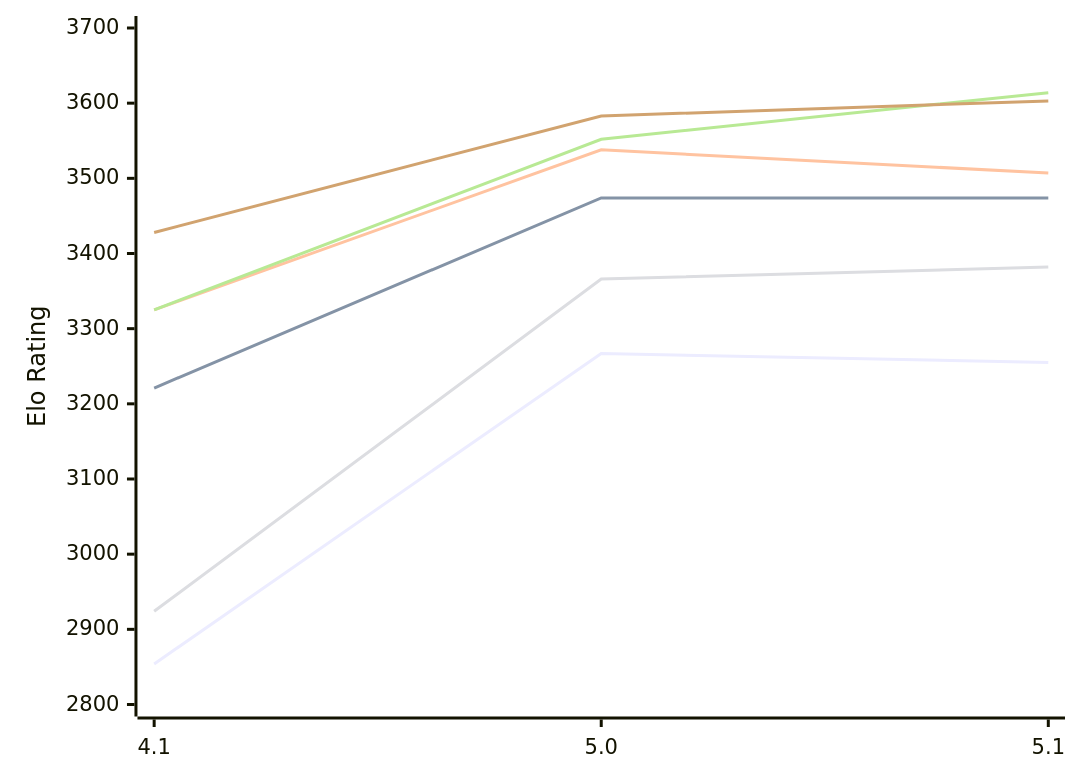
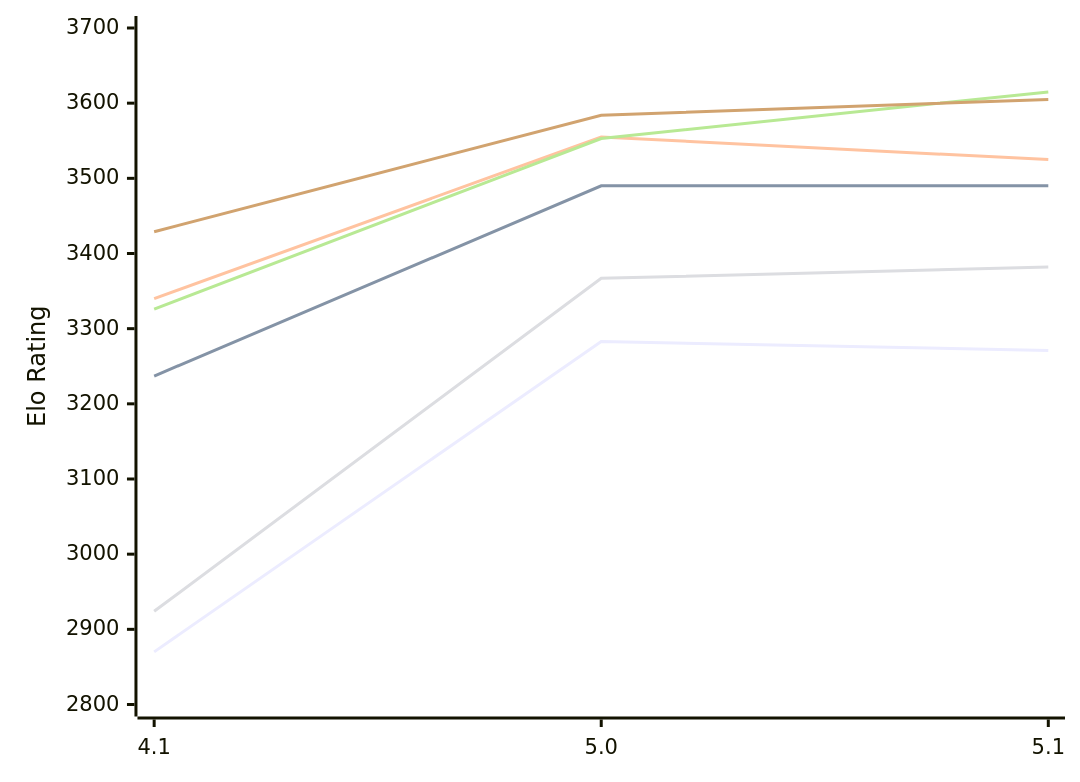
One commit to computer-chess-index/cci changed the diagram in engines/NarcNext.md. Above: the diagram before and after it, drawn with Mermaid. The commit also changed other lines of this file, not shown here.

Commit message:
Update CCI Ratings (ELO VLTC) - 2026-11-11

````diff
--- a/engines/NarcNext.md
+++ b/engines/NarcNext.md
@@ -51,12 +51,12 @@
 ```mermaid
 %%{init: {"theme":"base","themeVariables":{"seriesColors:['#a3a3a3','#222221','#faa371']}}}%%
 xychart-beta
   x-axis ["4.1", "5.0", "5.1"]
   y-axis "Elo Rating" 2800 --> 3700
-  line "E1: STC (8.0+0.08s)" [2854, 3267, 3255]
-  line "E1: LTC (60.0+0.60s)" [3221, 3474, 3474]
-  line "E1: VLTC (2m24s+1.12s)" [3325, 3538, 3507]
-  line "P1: STC (8.0+0.08s)" [2924, 3366, 3382]
-  line "P1: LTC (60.0+0.60s)" [3325, 3552, 3614]
-  line "P1: VLTC (2m24s+1.12s)" [3428, 3583, 3603]
+  line "E1: STC (8.0+0.08s)" [2870, 3283, 3271]
+  line "E1: LTC (60.0+0.60s)" [3237, 3490, 3490]
+  line "E1: VLTC (2m24s+1.12s)" [3340, 3555, 3525]
+  line "P1: STC (8.0+0.08s)" [2924, 3367, 3382]
+  line "P1: LTC (60.0+0.60s)" [3326, 3553, 3615]
+  line "P1: VLTC (2m24s+1.12s)" [3429, 3584, 3605]
 ```
````
